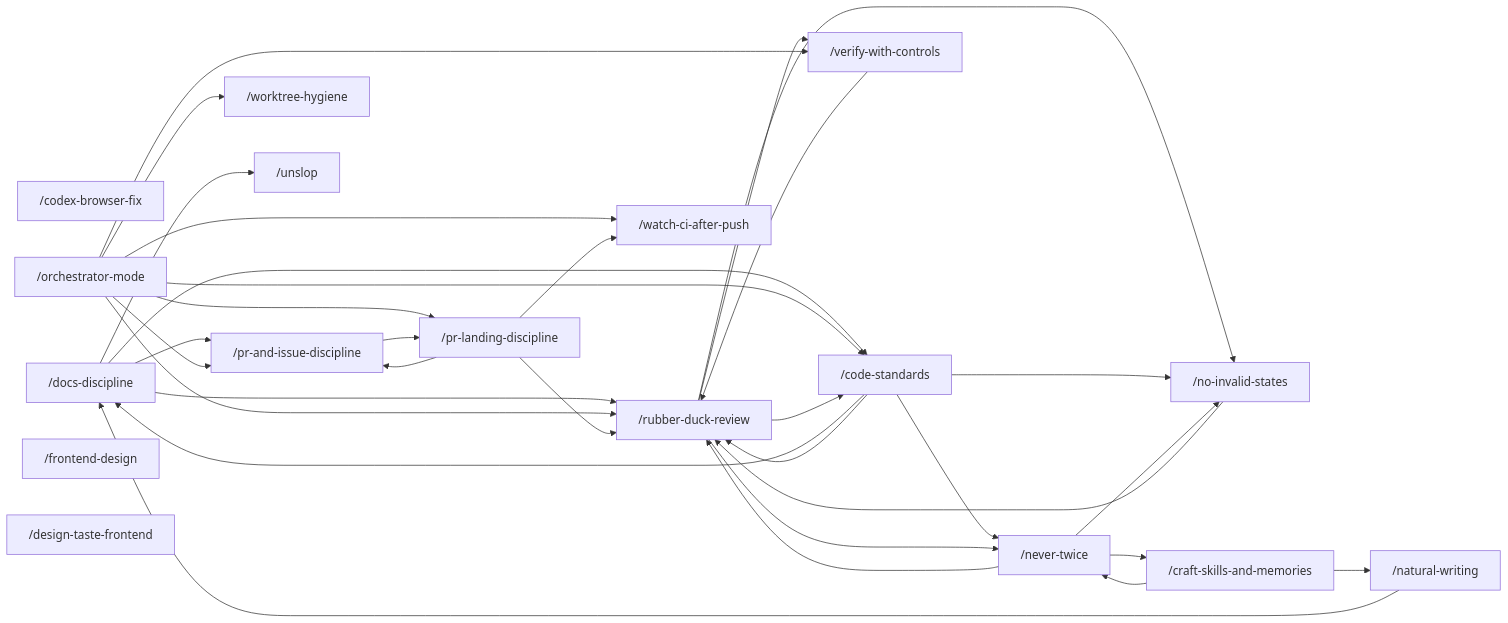
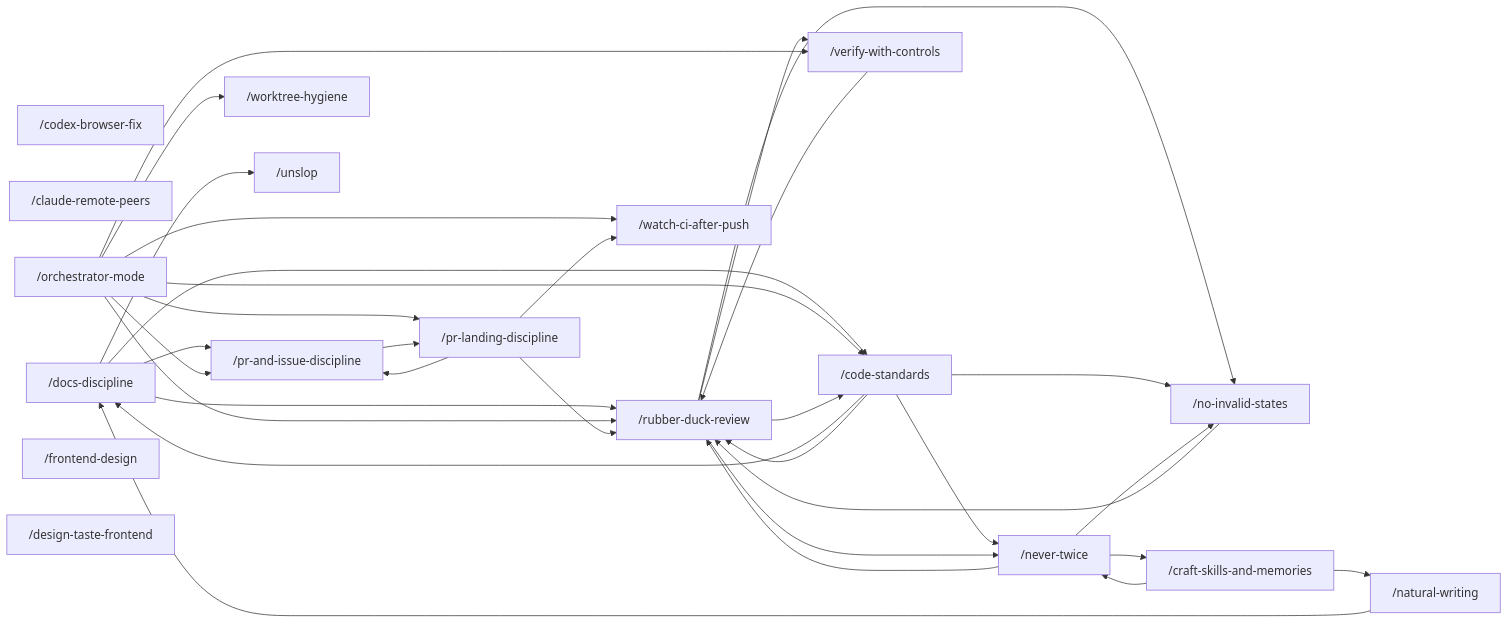
The diagram in README.md (Vivswan/skills), drawn with Mermaid before and after one commit. The commit also changed other lines of this file and 10 other files, not shown here.

Commit message:
feat: add claude-remote-peers skill (#173)

````diff
--- a/README.md
+++ b/README.md
@@ -47,38 +48,39 @@
 ```mermaid
 graph LR
   cbf["/codex-browser-fix"]
+  crp["/claude-remote-peers"]
   dd["/docs-discipline"] --> rdr
   dd --> pid
   dd --> cs
   cs --> dd
   nw --> dd
   om["/orchestrator-mode"] --> rdr["/rubber-duck-review"]
   om --> wca["/watch-ci-after-push"]
   om --> cs["/code-standards"]
   om --> pid["/pr-and-issue-discipline"]
   om --> pld["/pr-landing-discipline"]
   om --> wh["/worktree-hygiene"]
   pid --> pld
   pld --> pid
   pld --> wca
   pld --> rdr
   cs --> rdr
   cs --> nt
   rdr --> cs
   rdr --> nis["/no-invalid-states"]
   rdr --> nt
   rdr --> vwc
   nis --> rdr
   cs --> nis
   nt["/never-twice"] --> rdr
   nt --> nis
   nt --> csm
   om --> vwc["/verify-with-controls"]
   vwc --> rdr
   csm["/craft-skills-and-memories"] --> nw["/natural-writing"]
   us["/unslop"]
   fd["/frontend-design"]
   dtf["/design-taste-frontend"]
   dd --> us
   csm --> nt
 ```
````
